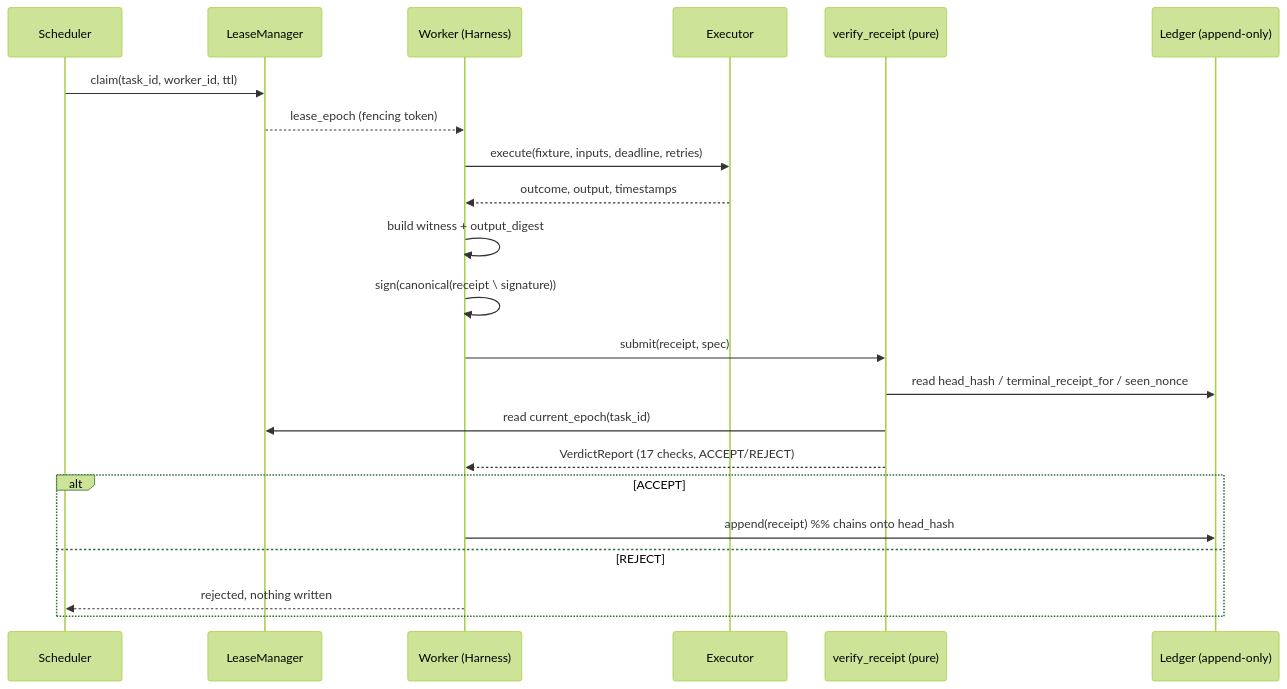
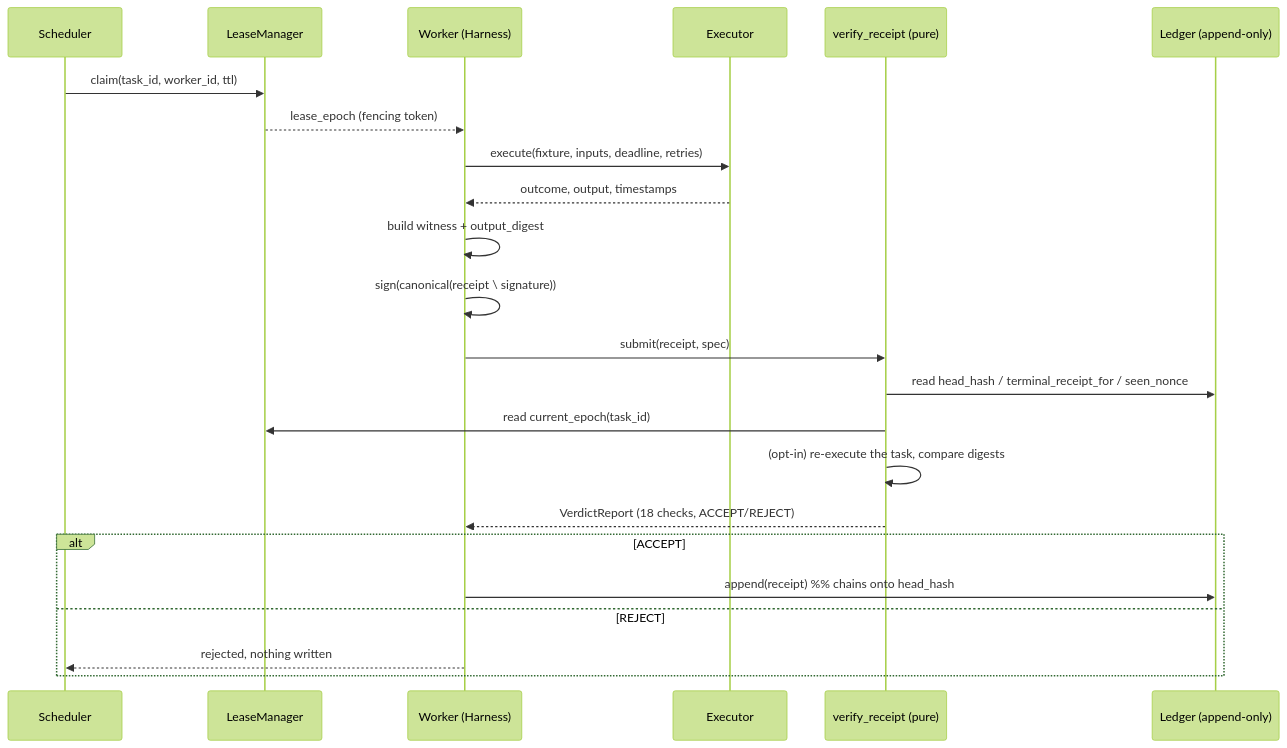
Before and after one commit to BlackBeanEagles/Detects: the diagram in ARCHITECTURE.md, drawn with Mermaid (forest theme). The commit also changed other lines of this file and 14 other files, not shown here.

````diff
--- a/ARCHITECTURE.md
+++ b/ARCHITECTURE.md
@@ -9,25 +9,26 @@
 ```mermaid
 sequenceDiagram
     participant S as Scheduler
     participant L as LeaseManager
     participant W as Worker (Harness)
     participant X as Executor
     participant V as verify_receipt (pure)
     participant D as Ledger (append-only)
 
     S->>L: claim(task_id, worker_id, ttl)
     L-->>W: lease_epoch (fencing token)
     W->>X: execute(fixture, inputs, deadline, retries)
     X-->>W: outcome, output, timestamps
     W->>W: build witness + output_digest
     W->>W: sign(canonical(receipt \ signature))
     W->>V: submit(receipt, spec)
     V->>D: read head_hash / terminal_receipt_for / seen_nonce
     V->>L: read current_epoch(task_id)
-    V-->>W: VerdictReport (17 checks, ACCEPT/REJECT)
+    V->>V: (opt-in) re-execute the task, compare digests
+    V-->>W: VerdictReport (18 checks, ACCEPT/REJECT)
     alt ACCEPT
         W->>D: append(receipt)  %% chains onto head_hash
     else REJECT
         W-->>S: rejected, nothing written
     end
 ```
````
